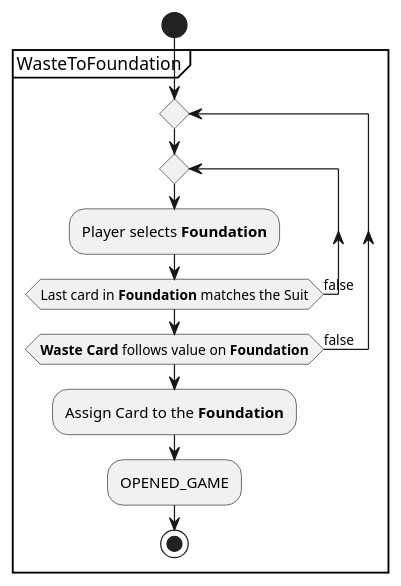
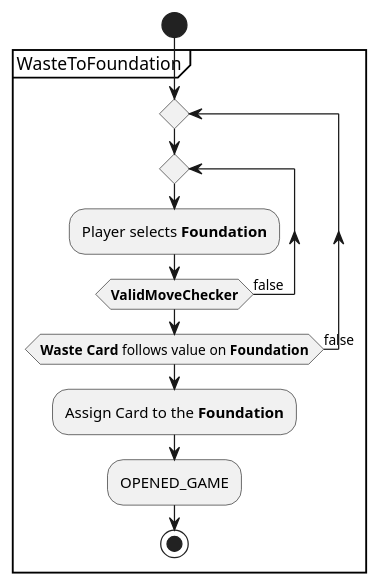
The diagram in useCaseView/WasteToFoundation.puml (ciscoruiz/klondike), drawn with PlantUML before and after one commit. The commit also changed 6 other files, not shown here.

Commit message:
Define ValidMoveChecker use case

```diff
--- a/useCaseView/WasteToFoundation.puml
+++ b/useCaseView/WasteToFoundation.puml
@@ -1,18 +1,18 @@
 @startuml
 'https://plantuml.com/activity-diagram-beta
 
 start
 
 partition WasteToFoundation {
 
 repeat
    repeat
       :Player selects **Foundation**;
-   repeat while (Last card in **Foundation** matches the Suit) is (false)
+   repeat while (**ValidMoveChecker**) is (false)
 repeat while (**Waste Card** follows value on **Foundation**) is (false)
 :Assign Card to the **Foundation**;
 :OPENED_GAME;
 
 stop
 
 @enduml
```
